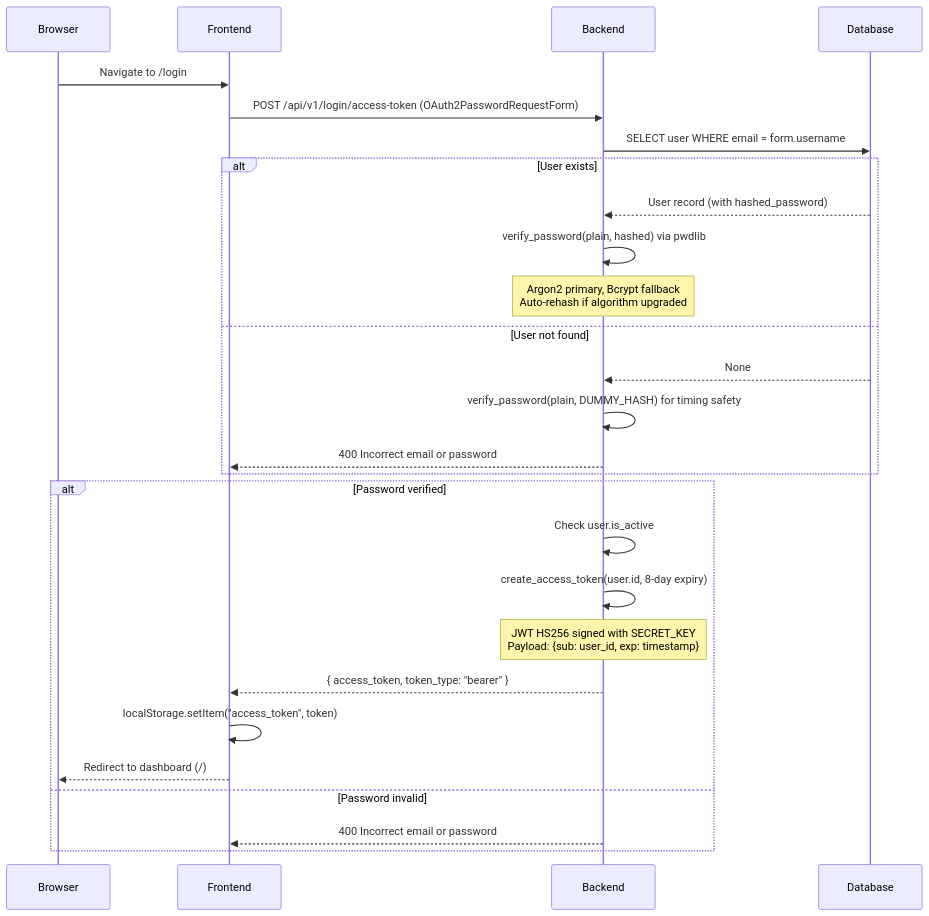
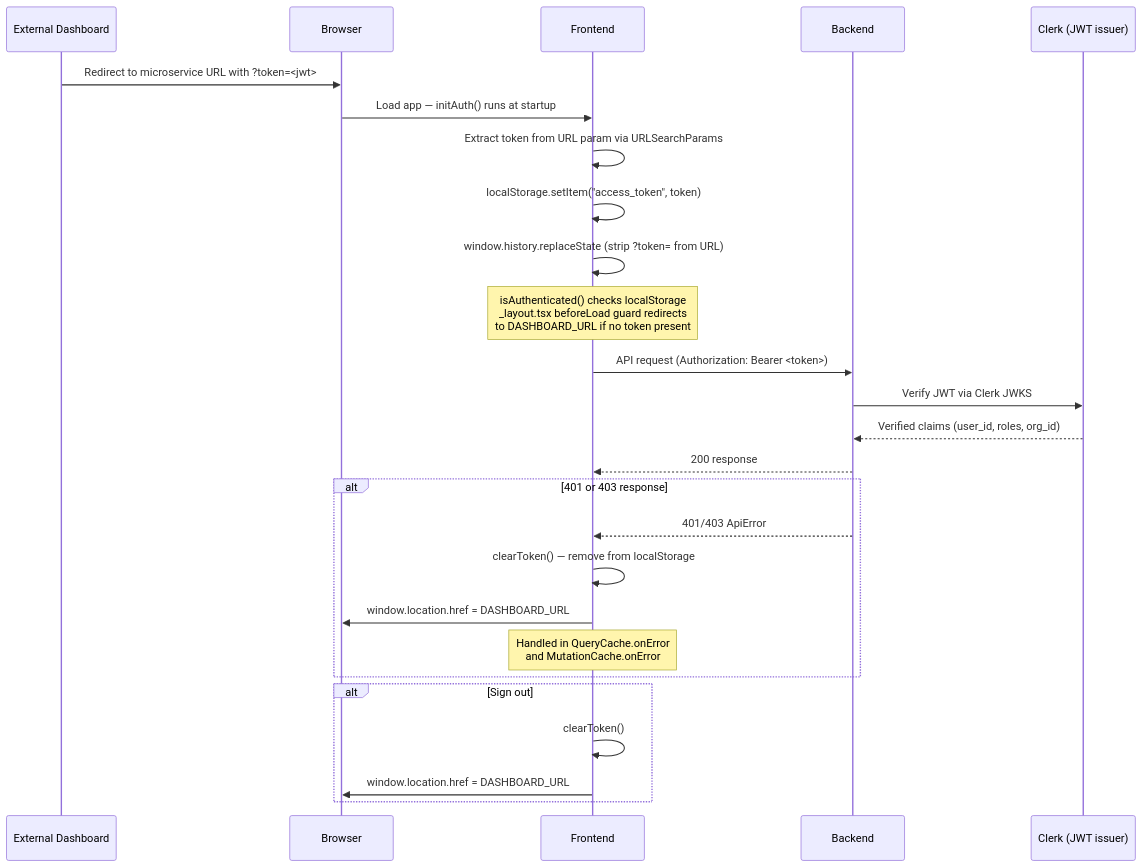
Before and after one commit to Aygentic/Aygentic-starter-template: the second of 6 diagrams in docs/architecture/overview.md, drawn with Mermaid. The commit also changed other lines of this file and 5 other files, not shown here.

````diff
--- a/docs/architecture/overview.md
+++ b/docs/architecture/overview.md
@@ -119,30 +122,32 @@
 ```mermaid
 sequenceDiagram
+    participant Dashboard as External Dashboard
     participant Browser
     participant Frontend
     participant Backend
-    participant Database
+    participant Clerk as Clerk (JWT issuer)
 
-    Browser->>Frontend: Navigate to /login
-    Frontend->>Backend: POST /api/v1/login/access-token (OAuth2PasswordRequestForm)
-    Backend->>Database: SELECT user WHERE email = form.username
-    alt User exists
-        Database-->>Backend: User record (with hashed_password)
-        Backend->>Backend: verify_password(plain, hashed) via pwdlib
-        Note over Backend: Argon2 primary, Bcrypt fallback<br/>Auto-rehash if algorithm upgraded
-    else User not found
-        Database-->>Backend: None
-        Backend->>Backend: verify_password(plain, DUMMY_HASH) for timing safety
-        Backend-->>Frontend: 400 Incorrect email or password
+    Dashboard->>Browser: Redirect to microservice URL with ?token=<jwt>
+    Browser->>Frontend: Load app — initAuth() runs at startup
+    Frontend->>Frontend: Extract token from URL param via URLSearchParams
+    Frontend->>Frontend: localStorage.setItem("access_token", token)
+    Frontend->>Frontend: window.history.replaceState (strip ?token= from URL)
+    Note over Frontend: isAuthenticated() checks localStorage<br/>_layout.tsx beforeLoad guard redirects<br/>to DASHBOARD_URL if no token present
+
+    Frontend->>Backend: API request (Authorization: Bearer <token>)
+    Backend->>Clerk: Verify JWT via Clerk JWKS
+    Clerk-->>Backend: Verified claims (user_id, roles, org_id)
+    Backend-->>Frontend: 200 response
+
+    alt 401 or 403 response
+        Backend-->>Frontend: 401/403 ApiError
+        Frontend->>Frontend: clearToken() — remove from localStorage
+        Frontend->>Browser: window.location.href = DASHBOARD_URL
+        Note over Frontend: Handled in QueryCache.onError<br/>and MutationCache.onError
     end
-    alt Password verified
-        Backend->>Backend: Check user.is_active
-        Backend->>Backend: create_access_token(user.id, 8-day expiry)
-        Note over Backend: JWT HS256 signed with SECRET_KEY<br/>Payload: {sub: user_id, exp: timestamp}
-        Backend-->>Frontend: { access_token, token_type: "bearer" }
-        Frontend->>Frontend: localStorage.setItem("access_token", token)
-        Frontend-->>Browser: Redirect to dashboard (/)
-    else Password invalid
-        Backend-->>Frontend: 400 Incorrect email or password
+
+    alt Sign out
+        Frontend->>Frontend: clearToken()
+        Frontend->>Browser: window.location.href = DASHBOARD_URL
     end
 ```
````
